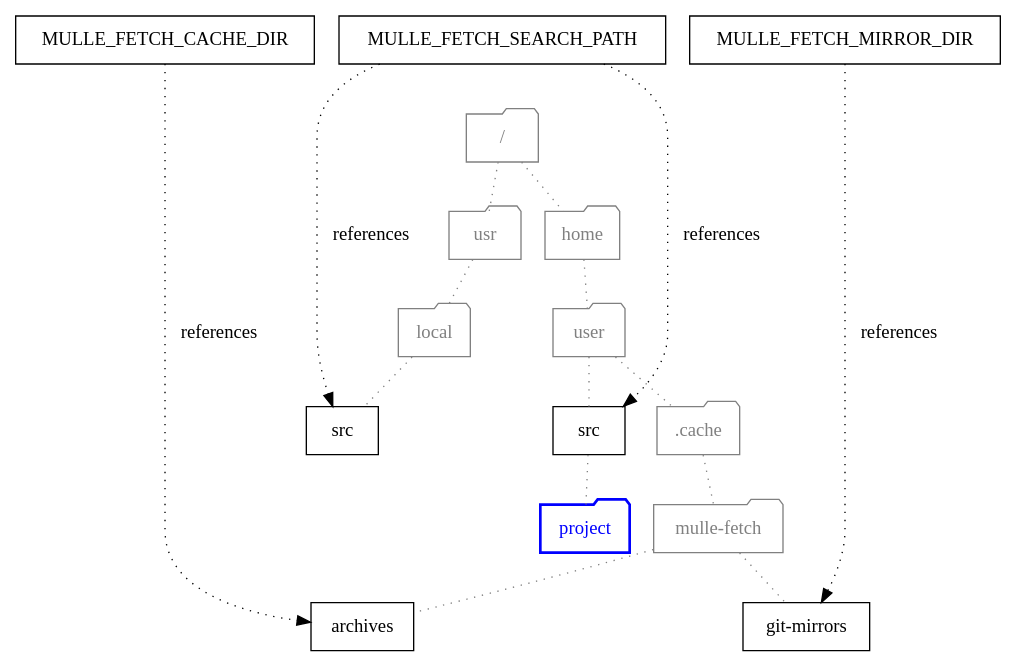
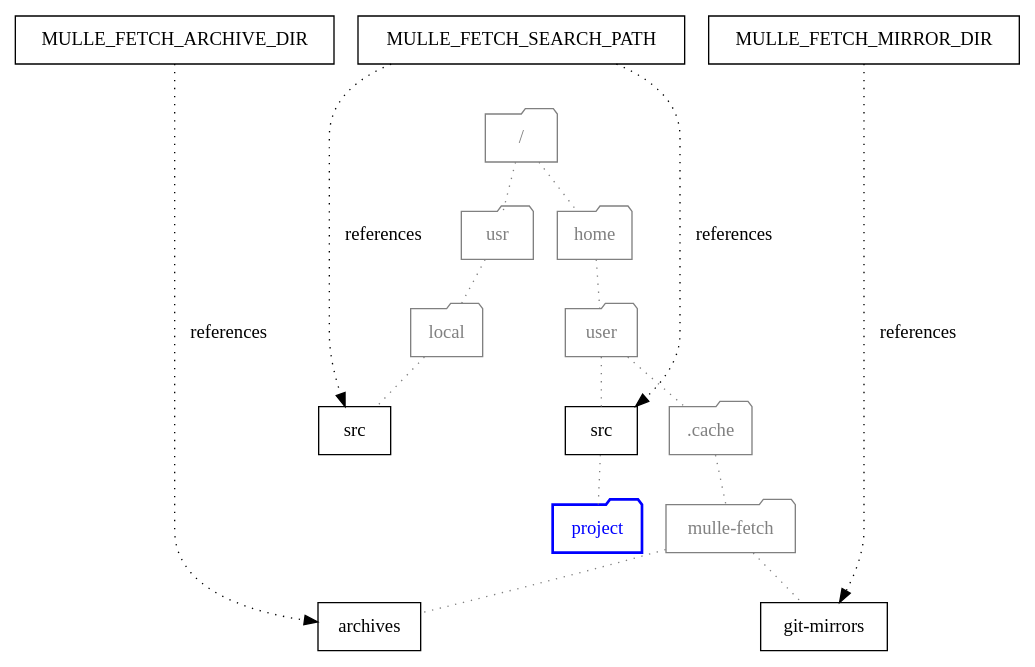
One commit to mulle-sde/mulle-fetch changed the diagram in dox/mulle-fetch-fs.dot. Above: the diagram before and after it, drawn with Graphviz. The commit also changed 6 other files, not shown here.

Commit message:
* rename MULLE_FETCH_CACHE_DIR to MULLE_FETCH_ARCHIVE_DIR (as used by rest of mulle-sde)

```diff
--- a/dox/mulle-fetch-fs.dot
+++ b/dox/mulle-fetch-fs.dot
@@ -1,37 +1,37 @@
 digraph G {
     graph [rankdir = TD];
     edge[ label=" references", style="dotted" ]
 
     node[ shape="record"];
 
-    { rank="same"; "MULLE_FETCH_SEARCH_PATH", "MULLE_FETCH_CACHE_DIR", "MULLE_FETCH_MIRROR_DIR" }
+    { rank="same"; "MULLE_FETCH_SEARCH_PATH", "MULLE_FETCH_ARCHIVE_DIR", "MULLE_FETCH_MIRROR_DIR" }
 
     "MULLE_FETCH_SEARCH_PATH" -> "src"
     "MULLE_FETCH_SEARCH_PATH" -> "src2"
-    "MULLE_FETCH_CACHE_DIR"   -> "archives"
+    "MULLE_FETCH_ARCHIVE_DIR"   -> "archives"
     "MULLE_FETCH_MIRROR_DIR" -> "git-mirrors"
 
 
     node[ shape="folder", color="gray", fontcolor="gray" ];
     edge[ arrowhead="none", color="gray", label="" ];
 
     "MULLE_FETCH_SEARCH_PATH" -> "/"  [ style="invis" ]
 
     "src2" [ label="src"]
 
     "project" [ color="blue", penwidth="2", fontcolor="blue" ]
     "user" -> ".cache"
     ".cache" -> "mulle-fetch"
     "mulle-fetch" -> "archives"
     "mulle-fetch" -> "git-mirrors"
 
     "/" -> "usr"
     "usr" -> "local"
     "local" -> "src2"
 
     "/" -> "home"
     "home" -> "user"
     "user" -> "src"
     "src" -> "project"
 
 }
```
